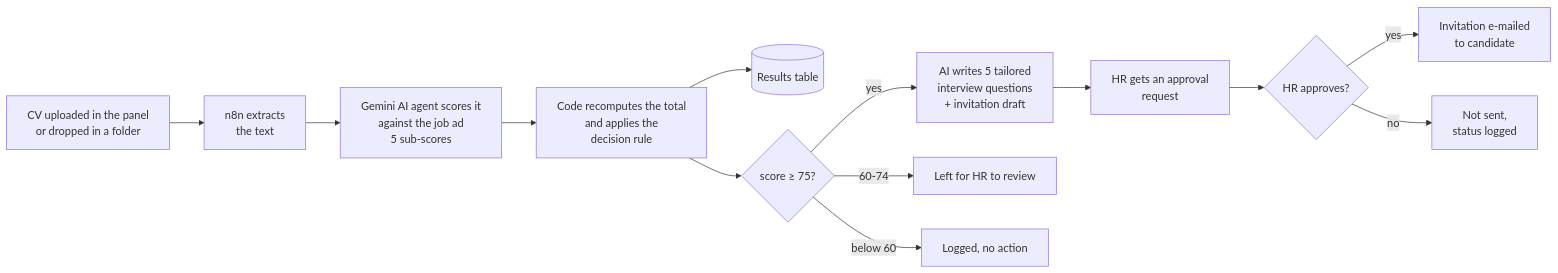
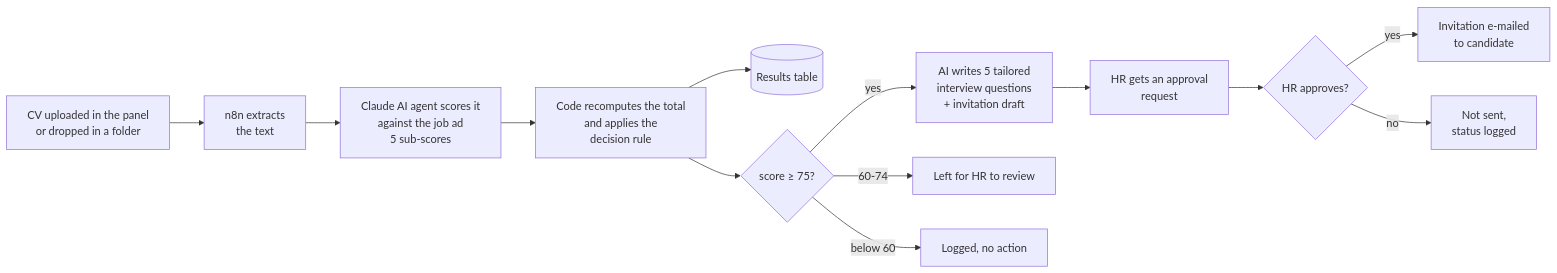
The second of 4 diagrams in README.md (hkankyilmaz/ekomino-cv-screening), drawn with Mermaid before and after one commit. The commit also changed other lines of this file and 18 other files, not shown here.

First line of the commit message:
Switch AI agent to Claude Sonnet 5.5, add TR/EN panel, real test results

````diff
--- a/README.md
+++ b/README.md
@@ -90,15 +90,15 @@
 ```mermaid
 flowchart LR
     A[CV uploaded in the panel<br/>or dropped in a folder] --> B[n8n extracts<br/>the text]
-    B --> C[Gemini AI agent scores it<br/>against the job ad<br/>5 sub-scores]
+    B --> C[Claude AI agent scores it<br/>against the job ad<br/>5 sub-scores]
     C --> D[Code recomputes the total<br/>and applies the<br/>decision rule]
     D --> E[(Results table)]
     D --> F{score ≥ 75?}
     F -- yes --> G[AI writes 5 tailored<br/>interview questions<br/>+ invitation draft]
     G --> H[HR gets an approval<br/>request]
     H --> I{HR approves?}
     I -- yes --> J[Invitation e-mailed<br/>to candidate]
     I -- no --> K[Not sent,<br/>status logged]
     F -- "60-74" --> L[Left for HR to review]
     F -- "below 60" --> M[Logged, no action]
 ```
````
